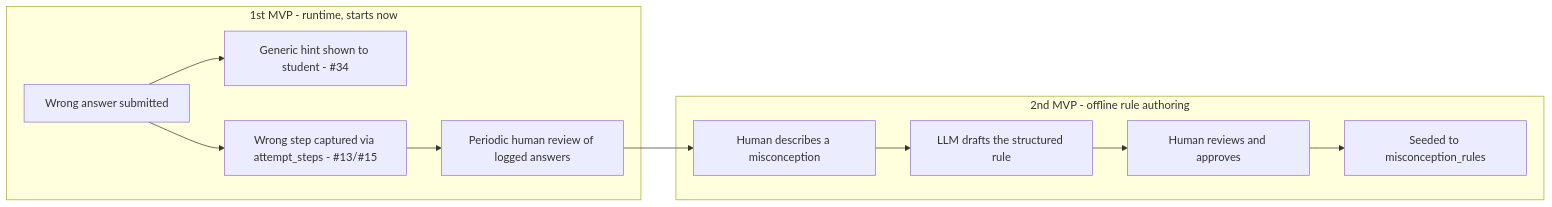
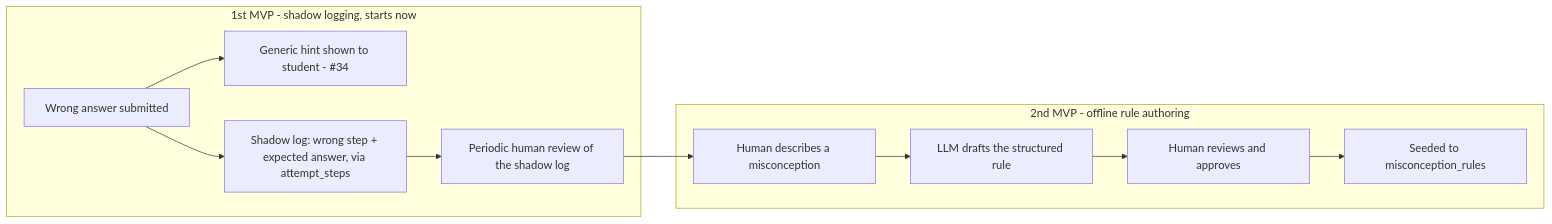
The third of 3 diagrams in docs/architecture/proposal_misconception_rule_format.md (Alan-aiaction/math-tutor-mvp), drawn with Mermaid before and after one commit. The commit also changed other lines of this file, not shown here.

Commit message:
Make shadow logging visible directly in Fig. 2's diagram
The term only appeared in the section title and surrounding prose,
not inside the diagram itself - the box just said "wrong step
captured via attempt_steps." Relabeled the subgraph and the box to
say "shadow log" explicitly, and linked Fig. 1's no-match outcome
forward to Fig. 2 so the two diagrams read as one connected flow.

````diff
--- a/docs/architecture/proposal_misconception_rule_format.md
+++ b/docs/architecture/proposal_misconception_rule_format.md
@@ -82,14 +82,14 @@
 ```mermaid
 flowchart LR
     subgraph Authoring["2nd MVP - offline rule authoring"]
     A1[Human describes a misconception] --> A2[LLM drafts the structured rule]
     A2 --> A3[Human reviews and approves]
     A3 --> A4[Seeded to misconception_rules]
     end
-    subgraph Fallback["1st MVP - runtime, starts now"]
+    subgraph ShadowLog["1st MVP - shadow logging, starts now"]
     B1[Wrong answer submitted] --> B2[Generic hint shown to student - #34]
-    B1 --> B3[Wrong step captured via attempt_steps - #13/#15]
-    B3 --> B4[Periodic human review of logged answers]
+    B1 --> B3[Shadow log: wrong step + expected answer, via attempt_steps]
+    B3 --> B4[Periodic human review of the shadow log]
     B4 --> A1
     end
 ```
````
